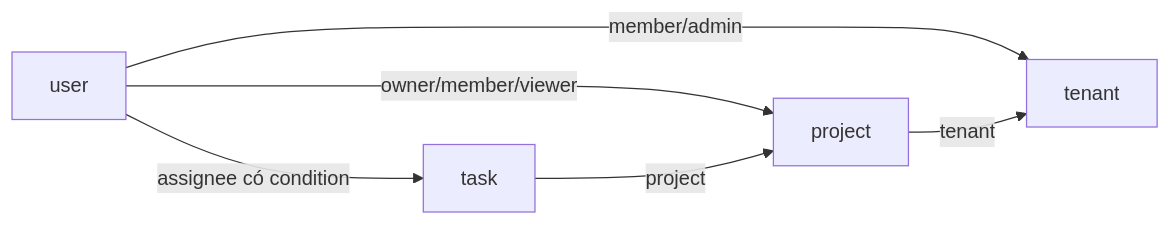
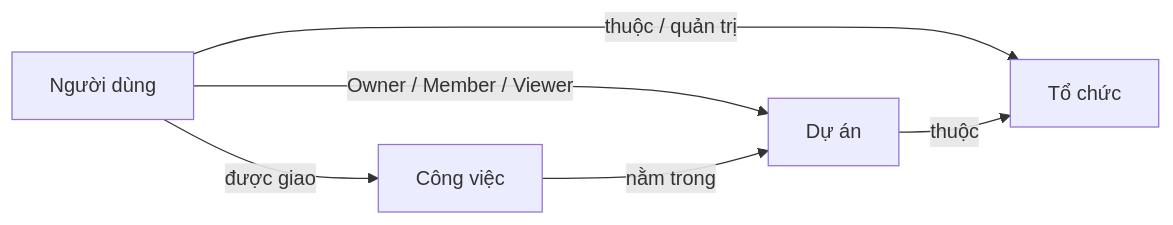
The second of 4 diagrams in report.md (giabao1509/AdvanceWeb_Assigment), drawn with Mermaid before and after one commit. The commit also changed other lines of this file and 5 other files, not shown here.

````diff
--- a/report.md
+++ b/report.md
@@ -33,8 +42,8 @@
 ```mermaid
 flowchart LR
-  U[user] -->|member/admin| T[tenant]
-  U -->|owner/member/viewer| P[project]
-  P -->|tenant| T
-  K[task] -->|project| P
-  U -->|assignee có condition| K
+  U[Người dùng] -->|thuộc / quản trị| T[Tổ chức]
+  U -->|Owner / Member / Viewer| P[Dự án]
+  P -->|thuộc| T
+  K[Công việc] -->|nằm trong| P
+  U -->|được giao| K
 ```
````
